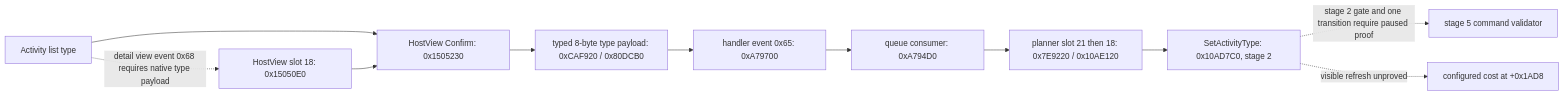
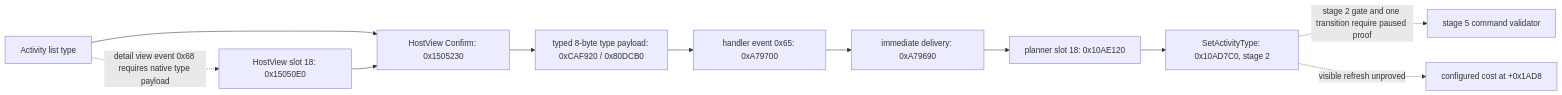
The third of 5 diagrams in docs/ck3-native-ai/activity-planning-semantic-seam-1.19.0.6.md (XenoAmess/ck3_eternal_recurrence), drawn with Mermaid before and after one commit. The commit also changed other lines of this file and 7 other files, not shown here.

````diff
--- a/docs/ck3-native-ai/activity-planning-semantic-seam-1.19.0.6.md
+++ b/docs/ck3-native-ai/activity-planning-semantic-seam-1.19.0.6.md
@@ -394,13 +395,13 @@
 ```mermaid
 flowchart LR
     A[Activity list type] --> B[HostView Confirm: 0x1505230]
     A -. detail view event 0x68 requires native type payload .-> H[HostView slot 18: 0x15050E0]
     H --> B
     B --> P[typed 8-byte type payload: 0xCAF920 / 0x80DCB0]
     P --> C[handler event 0x65: 0xA79700]
-    C --> Q[queue consumer: 0xA794D0]
-    Q --> D[planner slot 21 then 18: 0x7E9220 / 0x10AE120]
+    C --> Q[immediate delivery: 0xA79690]
+    Q --> D[planner slot 18: 0x10AE120]
     D --> E[SetActivityType: 0x10AD7C0, stage 2]
     E -. stage 2 gate and one transition require paused proof .-> F[stage 5 command validator]
     E -. visible refresh unproved .-> G[configured cost at +0x1AD8]
 ```
````
